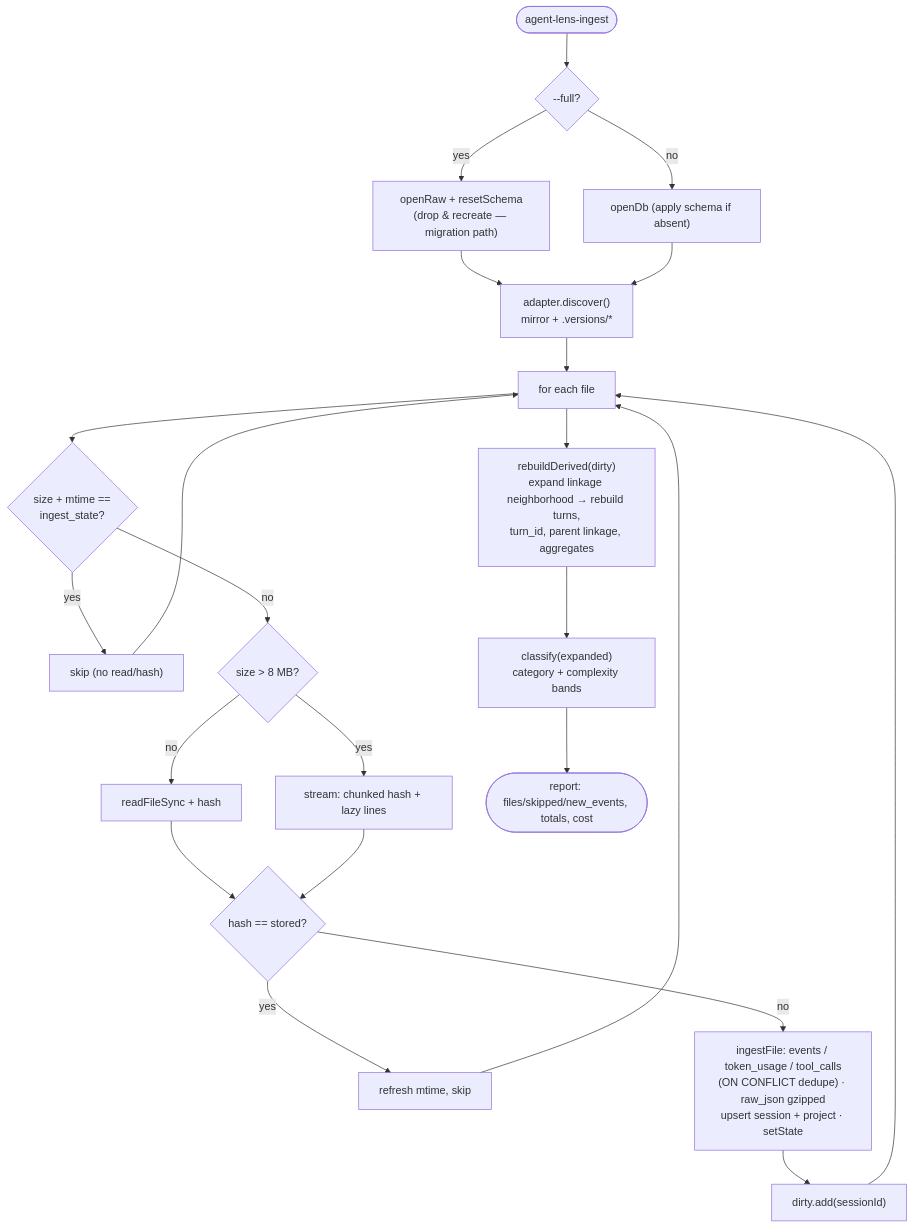
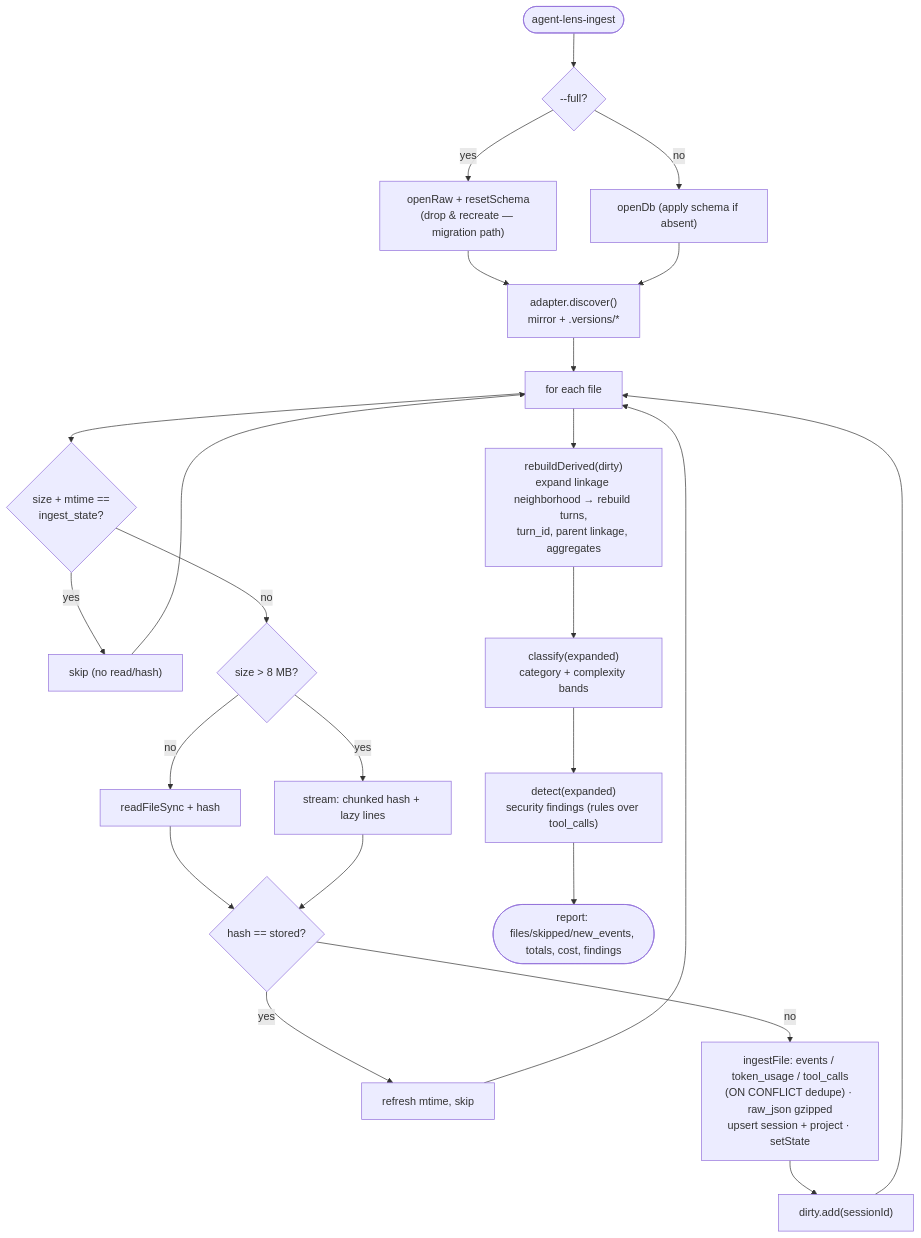
Before and after one commit to SWEStash/agent-lens: the third of 4 diagrams in docs/ARCHITECTURE.md, drawn with Mermaid. The commit also changed other lines of this file and 42 other files, not shown here.

````diff
--- a/docs/ARCHITECTURE.md
+++ b/docs/ARCHITECTURE.md
@@ -67,22 +67,23 @@
 ```mermaid
 flowchart TD
   START(["agent-lens-ingest"]) --> FULL{"--full?"}
   FULL -->|yes| RESET["openRaw + resetSchema<br/>(drop & recreate — migration path)"]
   FULL -->|no| OPEN["openDb (apply schema if absent)"]
   RESET --> DISC
   OPEN --> DISC["adapter.discover()<br/>mirror + .versions/*"]
   DISC --> LOOP["for each file"]
   LOOP --> STAT{"size + mtime ==<br/>ingest_state?"}
   STAT -->|yes| SKIP["skip (no read/hash)"] --> LOOP
   STAT -->|no| READ{"size > 8 MB?"}
   READ -->|no| WHOLE["readFileSync + hash"]
   READ -->|yes| STREAM["stream: chunked hash + lazy lines"]
   WHOLE --> HASHCHK
   STREAM --> HASHCHK{"hash == stored?"}
   HASHCHK -->|yes| REFRESH["refresh mtime, skip"] --> LOOP
   HASHCHK -->|no| INGEST["ingestFile: events / token_usage / tool_calls<br/>(ON CONFLICT dedupe) · raw_json gzipped<br/>upsert session + project · setState"]
   INGEST --> MARK["dirty.add(sessionId)"] --> LOOP
   LOOP --> REBUILD["rebuildDerived(dirty)<br/>expand linkage neighborhood → rebuild turns,<br/>turn_id, parent linkage, aggregates"]
   REBUILD --> CLASSIFY["classify(expanded)<br/>category + complexity bands"]
-  CLASSIFY --> REPORT(["report: files/skipped/new_events, totals, cost"]) 
+  CLASSIFY --> DETECT["detect(expanded)<br/>security findings (rules over tool_calls)"]
+  DETECT --> REPORT(["report: files/skipped/new_events, totals, cost, findings"]) 
 ```
````
